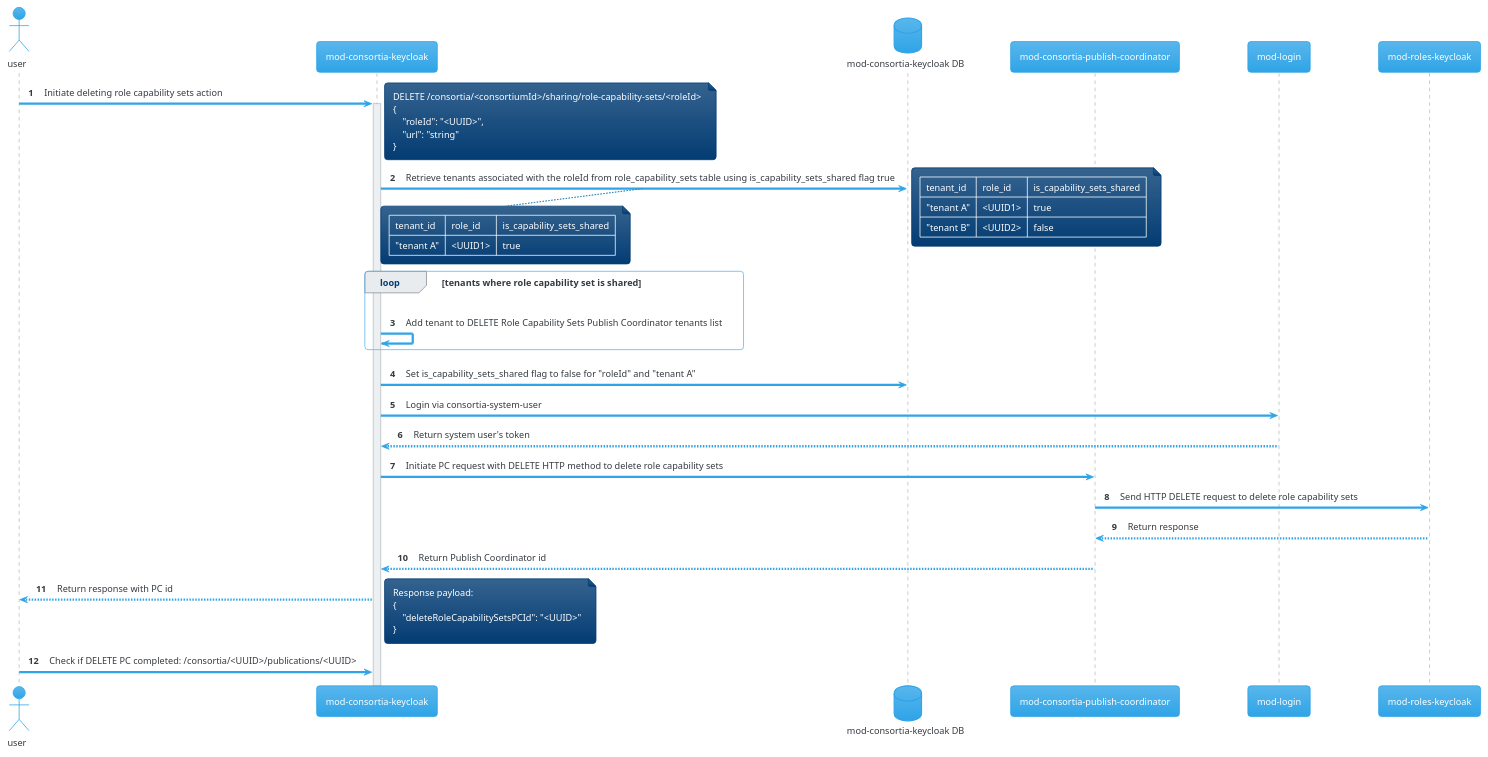
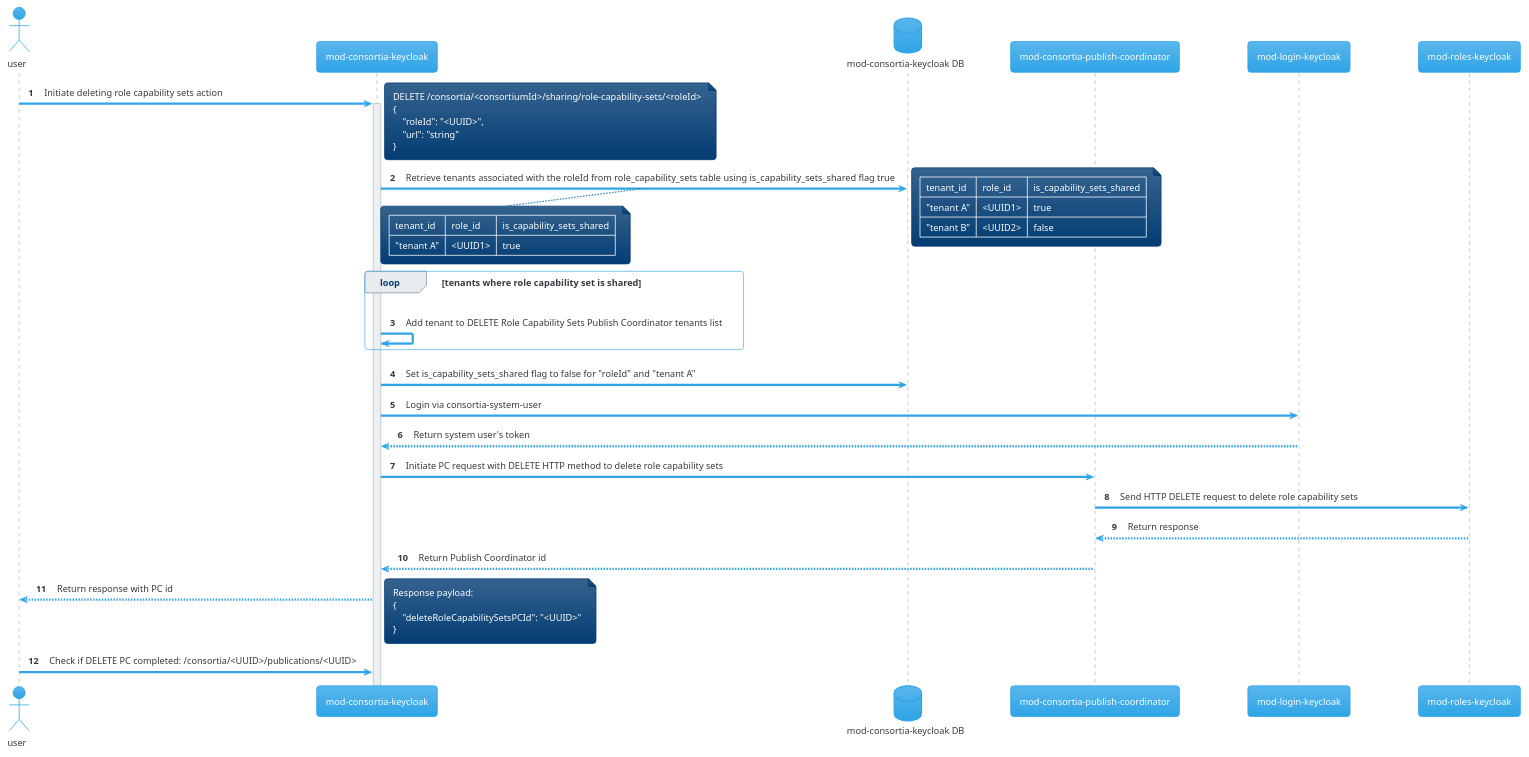
Before and after one commit to folio-org/mod-consortia-keycloak: the diagram in docs/sharing-feature-sequence-dagram/sharing-role-cabalities-capablity-set-delete.puml, drawn with PlantUML. The commit also changed 3 other files, not shown here.

```diff
--- a/docs/sharing-feature-sequence-dagram/sharing-role-cabalities-capablity-set-delete.puml
+++ b/docs/sharing-feature-sequence-dagram/sharing-role-cabalities-capablity-set-delete.puml
@@ -1,61 +1,61 @@
 @startuml
 
 !pragma teoz true
 !theme cerulean
 
 autonumber
 
 actor "user" as user
 
 participant "mod-consortia-keycloak" as mck
 database "mod-consortia-keycloak DB" as mck_db
 participant "mod-consortia-publish-coordinator" as mc_pc
-participant "mod-login" as ml
+participant "mod-login-keycloak" as ml
 participant "mod-roles-keycloak" as mrk
 
 user -> mck: Initiate deleting role capability sets action
 note right
 DELETE /consortia/<consortiumId>/sharing/role-capability-sets/<roleId>
 {
     "roleId": "<UUID>",
     "url": "string"
 }
 end note
 activate mck
 
 mck -> mck_db: Retrieve tenants associated with the roleId from role_capability_sets table using is_capability_sets_shared flag true
 note bottom
 | tenant_id | role_id | is_capability_sets_shared |
 | "tenant A" | <UUID1> | true |
 end note
 note right
 | tenant_id | role_id | is_capability_sets_shared |
 | "tenant A" | <UUID1> | true |
 | "tenant B" | <UUID2> | false |
 end note
 
 loop tenants where role capability set is shared
     mck -> mck: Add tenant to DELETE Role Capability Sets Publish Coordinator tenants list
 end
 
 mck -> mck_db: Set is_capability_sets_shared flag to false for "roleId" and "tenant A"
 
 mck -> ml: Login via consortia-system-user
 ml --> mck: Return system user's token
 
 mck -> mc_pc: Initiate PC request with DELETE HTTP method to delete role capability sets
 mc_pc -> mrk: Send HTTP DELETE request to delete role capability sets
 mrk --> mc_pc: Return response
 mc_pc --> mck: Return Publish Coordinator id
 
 mck --> user: Return response with PC id
 note right
 Response payload:
 {
     "deleteRoleCapabilitySetsPCId": "<UUID>"
 }
 end note
 
 user -> mck: Check if DELETE PC completed: /consortia/<UUID>/publications/<UUID>
 
 @enduml
```
